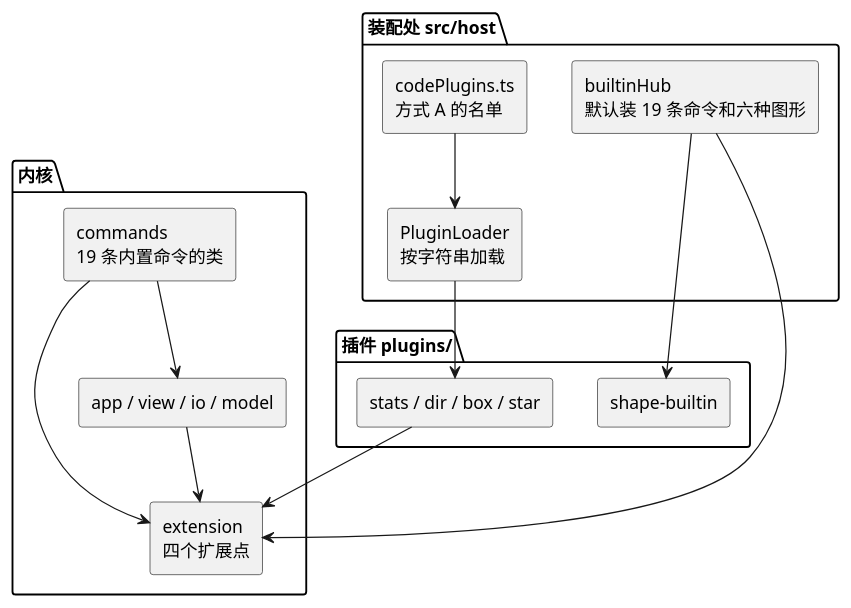
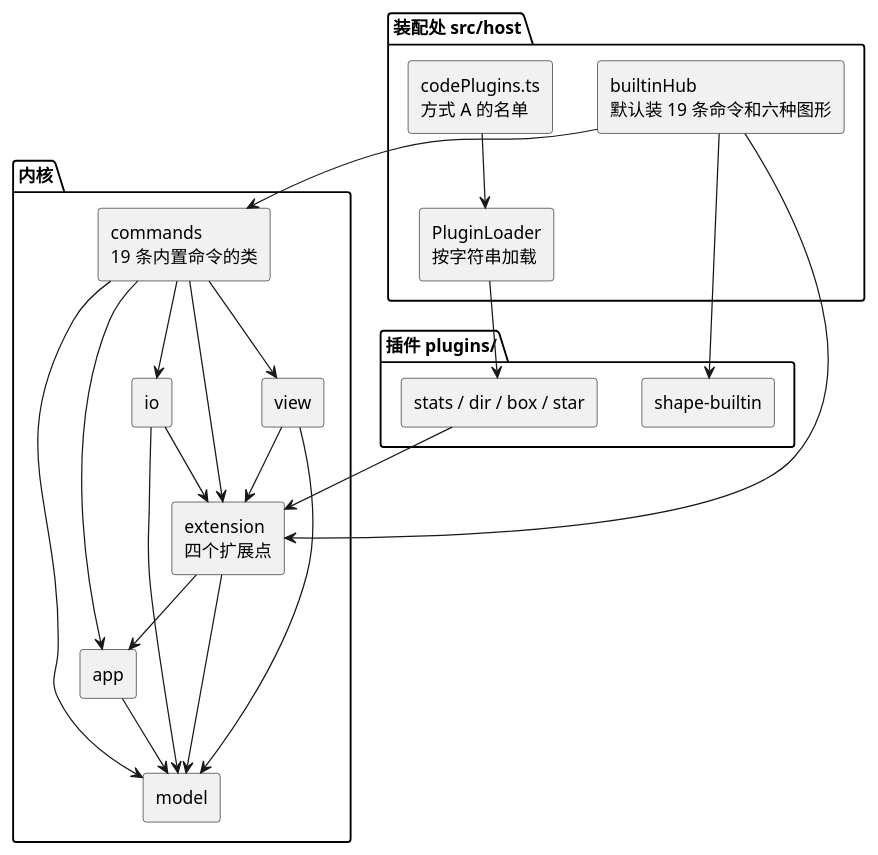
Before and after one commit to jcole666/svg-editor: the second of 2 diagrams in doc/README.md, drawn with PlantUML. The commit also changed 1 other file, not shown here.

Commit message:
docs: 修正 Phase 2 模块依赖图

````diff
--- a/doc/README.md
+++ b/doc/README.md
@@ -75,31 +75,44 @@
 ```plantuml
 @startuml
 skinparam componentStyle rectangle
 
 package "内核" {
   component "extension\n四个扩展点" as ext
   component "commands\n19 条内置命令的类" as cmd
-  component "app / view / io / model" as core
+  component "view" as view
+  component "io" as io
+  component "app" as app
+  component "model" as model
   cmd --> ext
-  cmd --> core
-  core --> ext
+  view --> ext
+  io --> ext
+  ext --> app
+  ext --> model
+  cmd --> app
+  cmd --> view
+  cmd --> io
+  cmd --> model
+  view --> model
+  io --> model
+  app --> model
 }
 
 package "装配处 src/host" {
   component "builtinHub\n默认装 19 条命令和六种图形" as boot
   component "PluginLoader\n按字符串加载" as loader
   component "codePlugins.ts\n方式 A 的名单" as code
 }
 
 package "插件 plugins/" {
   component "shape-builtin" as shapes
   component "stats / dir / box / star" as extra
 }
 
 boot --> ext
 boot --> shapes
+boot --> cmd
 code --> loader
 loader --> extra
 extra --> ext
 @enduml
 ```
````
